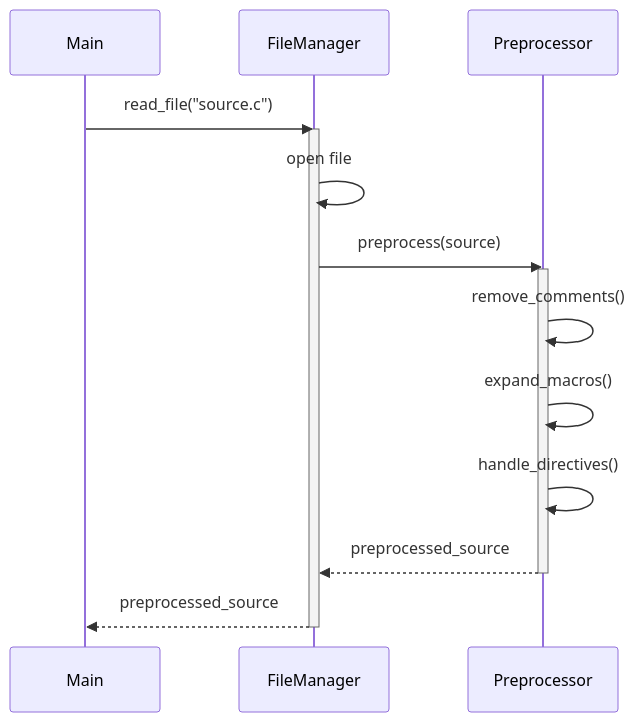
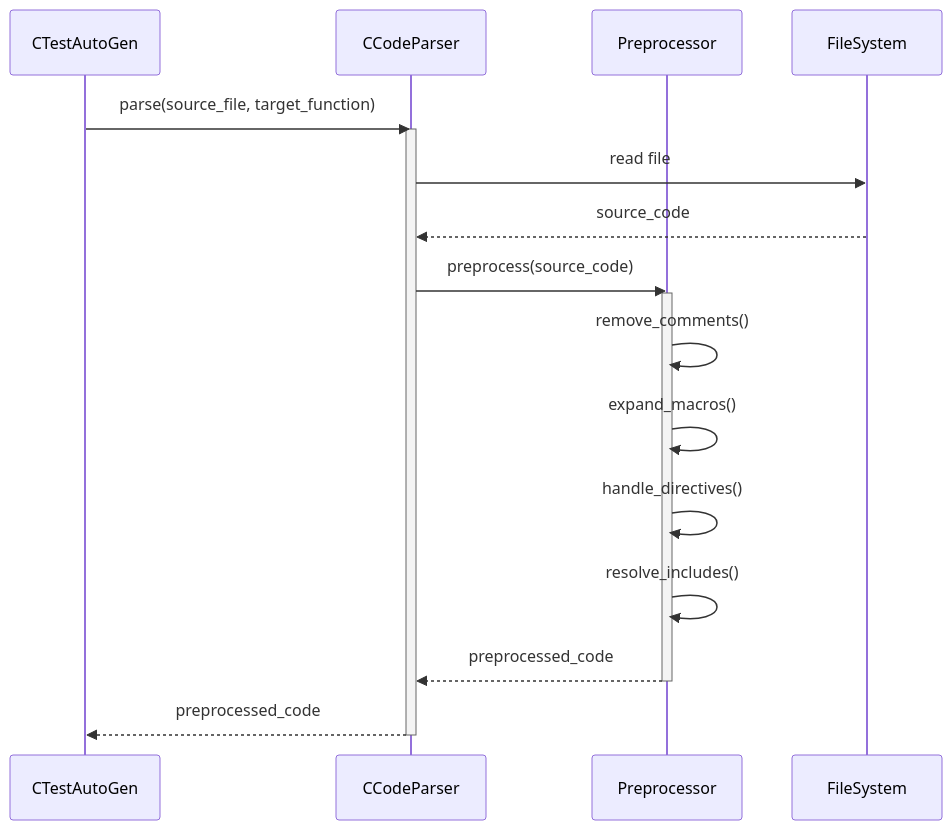
The second of 11 diagrams in doc/design_sequence_diagram.md (ryu5791/AutoUniTestGen), drawn with Mermaid before and after one commit. The commit also changed other lines of this file and 6 other files, not shown here.

````diff
--- a/doc/design_sequence_diagram.md
+++ b/doc/design_sequence_diagram.md
@@ -64,23 +83,27 @@
 ```mermaid
 sequenceDiagram
-    participant Main
-    participant FileManager
+    participant CTestAutoGen
+    participant CCodeParser
     participant Preprocessor
+    participant FileSystem
     
-    Main->>FileManager: read_file("source.c")
-    activate FileManager
+    CTestAutoGen->>CCodeParser: parse(source_file, target_function)
+    activate CCodeParser
     
-    FileManager->>FileManager: open file
-    FileManager->>Preprocessor: preprocess(source)
+    CCodeParser->>FileSystem: read file
+    FileSystem-->>CCodeParser: source_code
+    
+    CCodeParser->>Preprocessor: preprocess(source_code)
     activate Preprocessor
     
     Preprocessor->>Preprocessor: remove_comments()
     Preprocessor->>Preprocessor: expand_macros()
     Preprocessor->>Preprocessor: handle_directives()
+    Preprocessor->>Preprocessor: resolve_includes()
     
-    Preprocessor-->>FileManager: preprocessed_source
+    Preprocessor-->>CCodeParser: preprocessed_code
     deactivate Preprocessor
     
-    FileManager-->>Main: preprocessed_source
-    deactivate FileManager
+    CCodeParser-->>CTestAutoGen: preprocessed_code
+    deactivate CCodeParser
 ```
````
